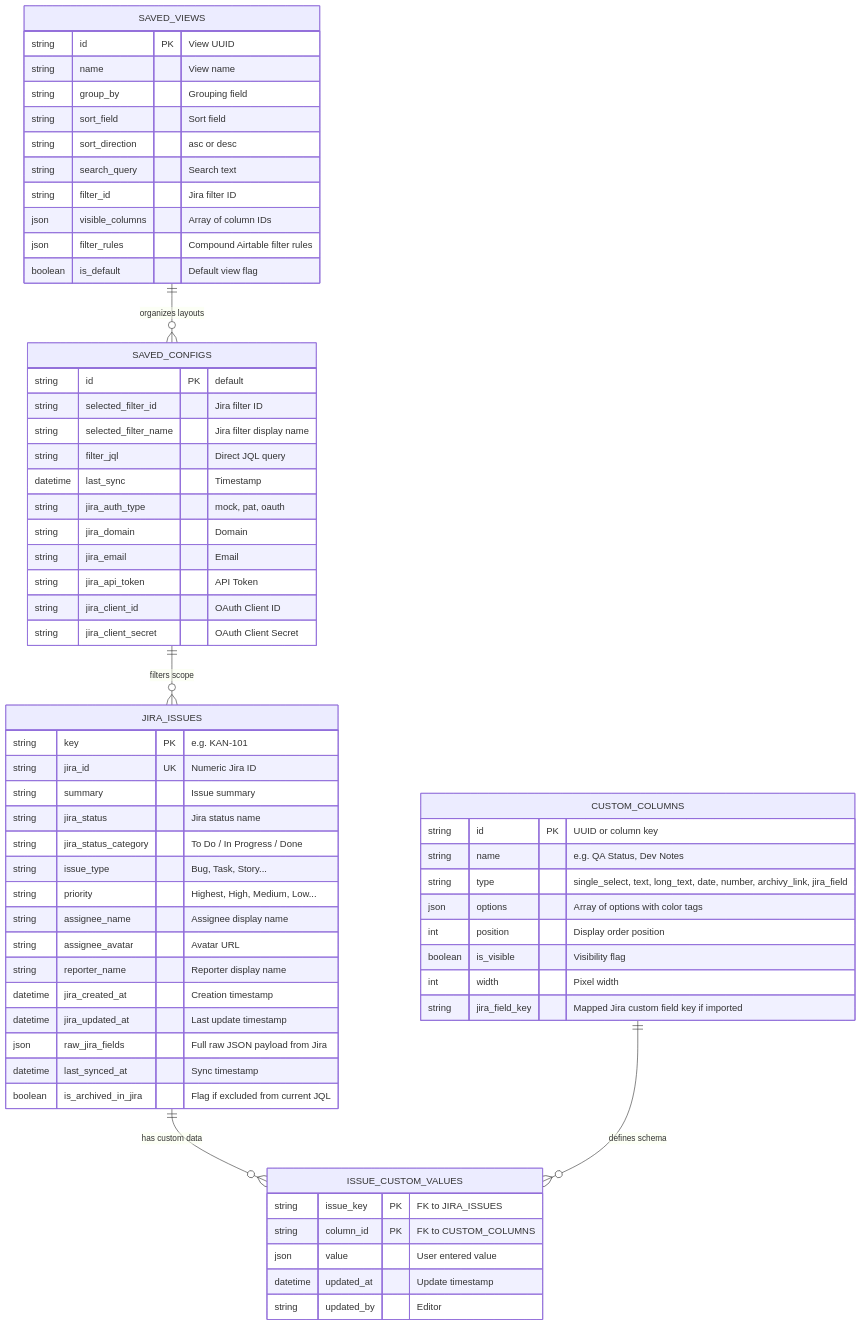
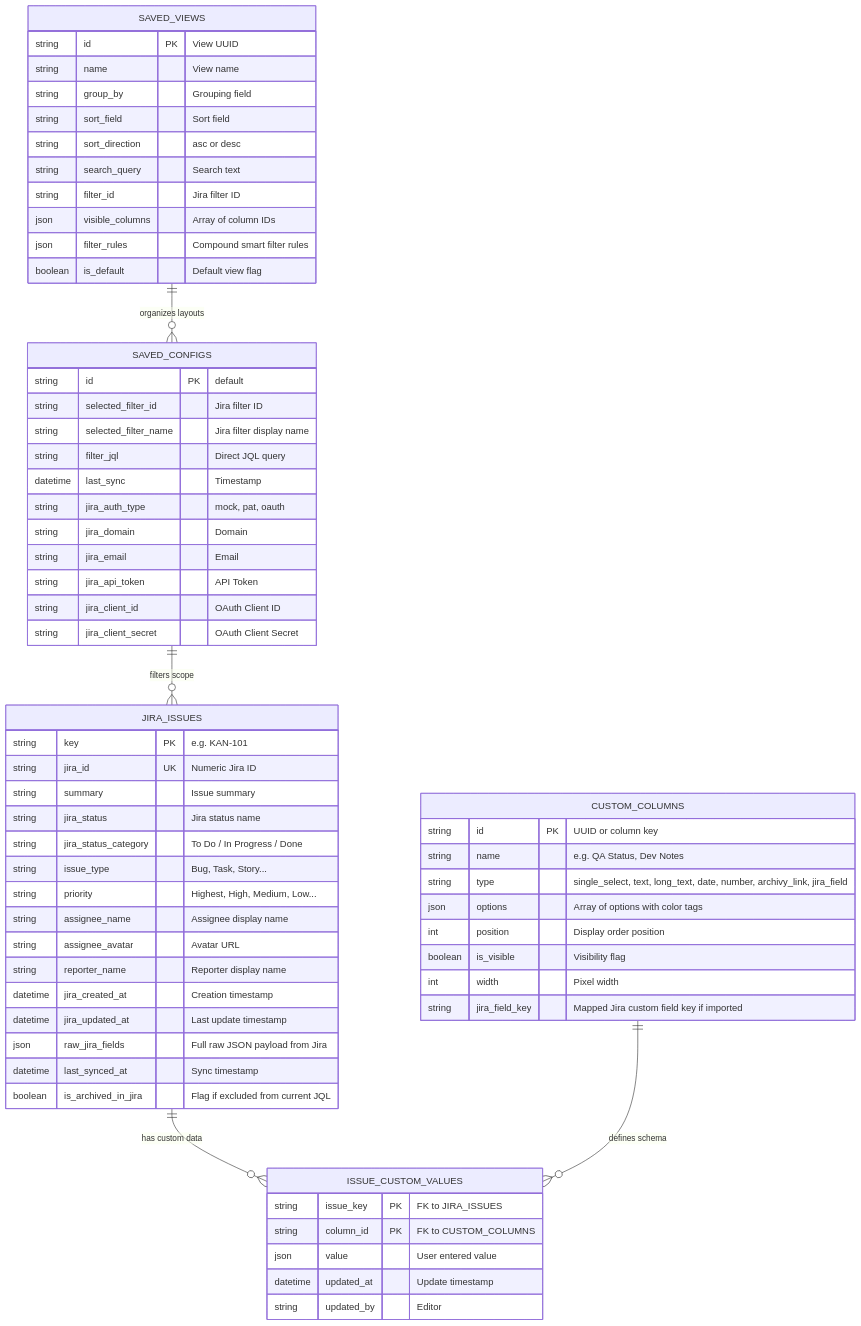
Before and after one commit to lasrv94/jira_quickgrid: the diagram in plan.md, drawn with Mermaid. The commit also changed other lines of this file and 21 other files, not shown here.

````diff
--- a/plan.md
+++ b/plan.md
@@ -29,71 +29,71 @@
 ```mermaid
 erDiagram
     JIRA_ISSUES ||--o{ ISSUE_CUSTOM_VALUES : "has custom data"
     CUSTOM_COLUMNS ||--o{ ISSUE_CUSTOM_VALUES : "defines schema"
     SAVED_CONFIGS ||--o{ JIRA_ISSUES : "filters scope"
     SAVED_VIEWS ||--o{ SAVED_CONFIGS : "organizes layouts"
 
     JIRA_ISSUES {
         string key PK "e.g. KAN-101"
         string jira_id UK "Numeric Jira ID"
         string summary "Issue summary"
         string jira_status "Jira status name"
         string jira_status_category "To Do / In Progress / Done"
         string issue_type "Bug, Task, Story..."
         string priority "Highest, High, Medium, Low..."
         string assignee_name "Assignee display name"
         string assignee_avatar "Avatar URL"
         string reporter_name "Reporter display name"
         datetime jira_created_at "Creation timestamp"
         datetime jira_updated_at "Last update timestamp"
         json raw_jira_fields "Full raw JSON payload from Jira"
         datetime last_synced_at "Sync timestamp"
         boolean is_archived_in_jira "Flag if excluded from current JQL"
     }
 
     CUSTOM_COLUMNS {
         string id PK "UUID or column key"
         string name "e.g. QA Status, Dev Notes"
         string type "single_select, text, long_text, date, number, archivy_link, jira_field"
         json options "Array of options with color tags"
         int position "Display order position"
         boolean is_visible "Visibility flag"
         int width "Pixel width"
         string jira_field_key "Mapped Jira custom field key if imported"
     }
 
     ISSUE_CUSTOM_VALUES {
         string issue_key PK "FK to JIRA_ISSUES"
         string column_id PK "FK to CUSTOM_COLUMNS"
         json value "User entered value"
         datetime updated_at "Update timestamp"
         string updated_by "Editor"
     }
 
     SAVED_CONFIGS {
         string id PK "default"
         string selected_filter_id "Jira filter ID"
         string selected_filter_name "Jira filter display name"
         string filter_jql "Direct JQL query"
         datetime last_sync "Timestamp"
         string jira_auth_type "mock, pat, oauth"
         string jira_domain "Domain"
         string jira_email "Email"
         string jira_api_token "API Token"
         string jira_client_id "OAuth Client ID"
         string jira_client_secret "OAuth Client Secret"
     }
 
     SAVED_VIEWS {
         string id PK "View UUID"
         string name "View name"
         string group_by "Grouping field"
         string sort_field "Sort field"
         string sort_direction "asc or desc"
         string search_query "Search text"
         string filter_id "Jira filter ID"
         json visible_columns "Array of column IDs"
-        json filter_rules "Compound Airtable filter rules"
+        json filter_rules "Compound smart filter rules"
         boolean is_default "Default view flag"
     }
 ```
````
